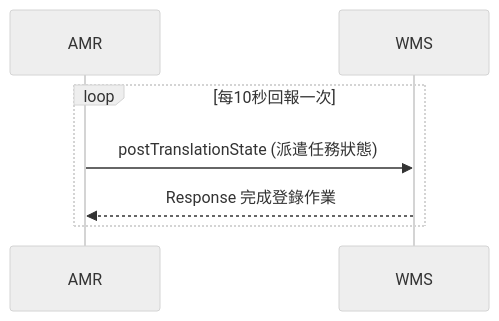
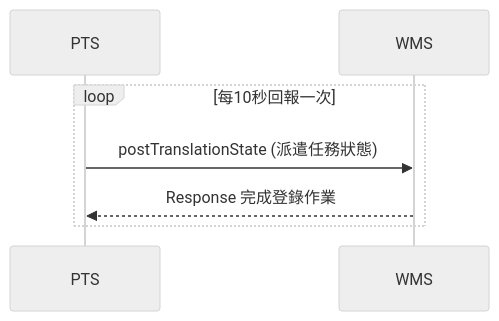
One commit to athena-tircgo/amr-wms-lsj changed the third of 3 diagrams in README.md. Above: the diagram before and after it, drawn with Mermaid (neutral theme). The commit also changed other lines of this file, not shown here.

````diff
--- a/README.md
+++ b/README.md
@@ -257,10 +257,10 @@
 ```mermaid
 sequenceDiagram
-    participant AMR
+    participant PTS
     participant WMS
 
     loop 每10秒回報一次
-        AMR->>WMS: postTranslationState (派遣任務狀態)
-        WMS-->>AMR: Response 完成登錄作業
+        PTS->>WMS: postTranslationState (派遣任務狀態)
+        WMS-->>PTS: Response 完成登錄作業
     end
 ```
````
